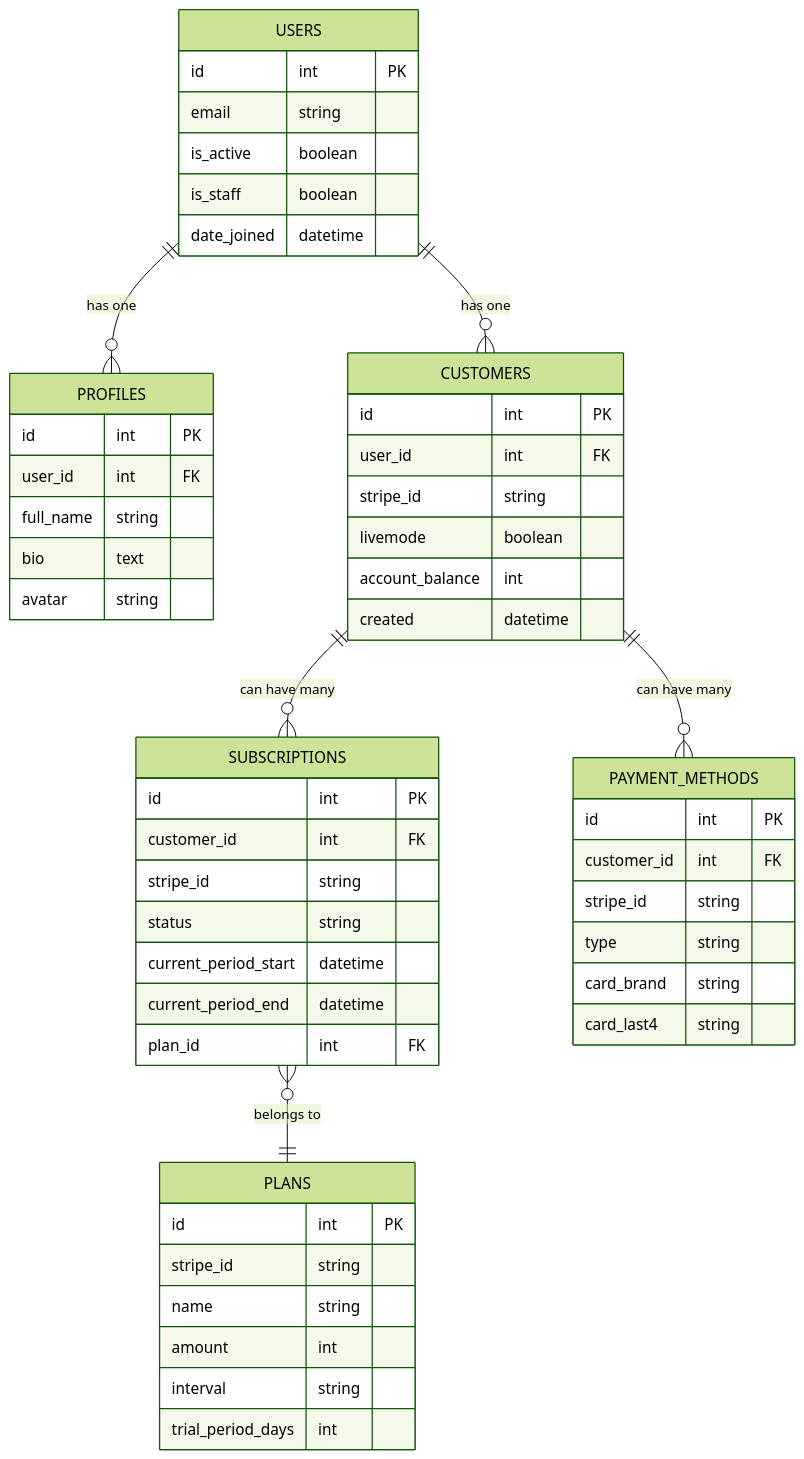
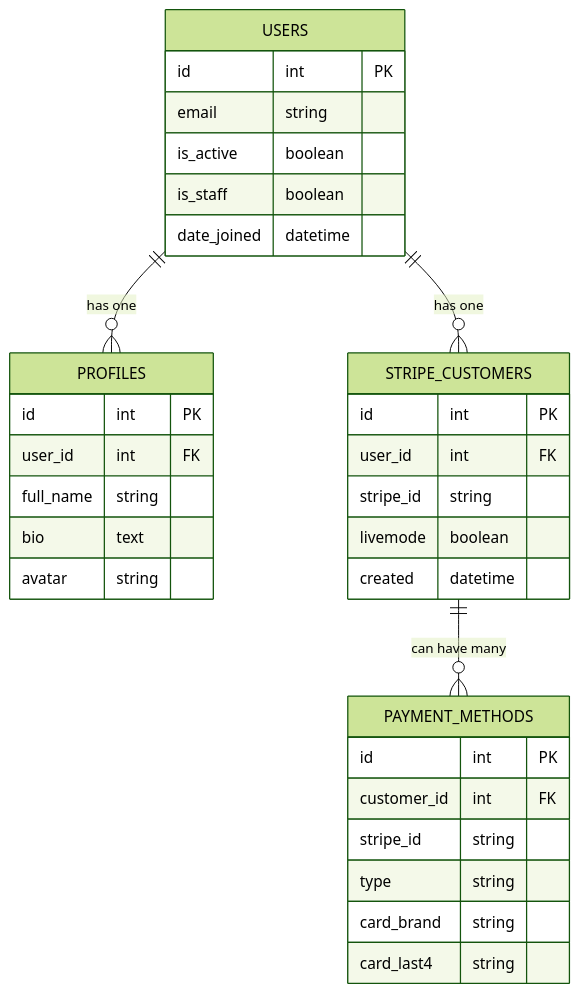
One commit to Experto-AI/quickscale changed the seventh of 7 diagrams in TECHNICAL_DOCS.md. Above: the diagram before and after it, drawn with Mermaid (forest theme). The commit also changed other lines of this file and 105 other files, not shown here.

First line of the commit message:
v0.9.0 feat: Migrate to official Stripe API and implement plan synchronization

````diff
--- a/TECHNICAL_DOCS.md
+++ b/TECHNICAL_DOCS.md
@@ -493,64 +490,41 @@
 ```mermaid
 erDiagram
     %% Core entities in a more vertical structure
     USERS {
         id int PK
         email string
         is_active boolean
         is_staff boolean
         date_joined datetime
     }
     
     PROFILES {
         id int PK
         user_id int FK
         full_name string
         bio text
         avatar string
     }
     
-    CUSTOMERS {
+    STRIPE_CUSTOMERS {
         id int PK
         user_id int FK
         stripe_id string
         livemode boolean
-        account_balance int
         created datetime
-    }
-    
-    %% Subscription related entities
-    SUBSCRIPTIONS {
-        id int PK
-        customer_id int FK
-        stripe_id string
-        status string
-        current_period_start datetime
-        current_period_end datetime
-        plan_id int FK
-    }
-    
-    PLANS {
-        id int PK
-        stripe_id string
-        name string
-        amount int
-        interval string
-        trial_period_days int
     }
     
     PAYMENT_METHODS {
         id int PK
         customer_id int FK
         stripe_id string
         type string
         card_brand string
         card_last4 string
     }
     
     %% Entity relationships - arranged for better vertical flow
     USERS ||--o{ PROFILES : "has one"
-    USERS ||--o{ CUSTOMERS : "has one"
-    CUSTOMERS ||--o{ PAYMENT_METHODS : "can have many"
-    CUSTOMERS ||--o{ SUBSCRIPTIONS : "can have many"
-    SUBSCRIPTIONS }o--|| PLANS : "belongs to"
+    USERS ||--o{ STRIPE_CUSTOMERS : "has one"
+    STRIPE_CUSTOMERS ||--o{ PAYMENT_METHODS : "can have many"
 ```
````
